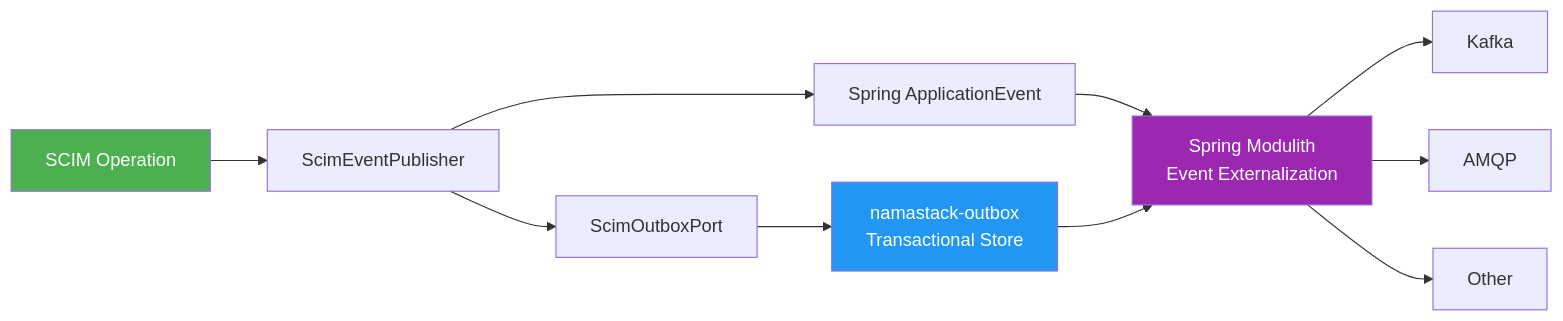
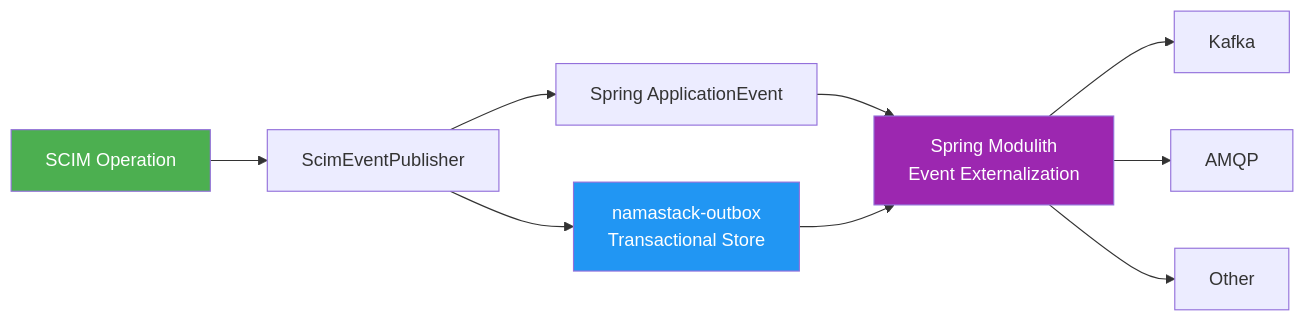
One commit to marcosbarbero/scim2-sdk-jvm changed the third of 5 diagrams in docs/outbox-pattern.md. Above: the diagram before and after it, drawn with Mermaid. The commit also changed other lines of this file and 26 other files, not shown here.

````diff
--- a/docs/outbox-pattern.md
+++ b/docs/outbox-pattern.md
@@ -87,17 +87,16 @@
 ```mermaid
 graph LR
     SCIM[SCIM Operation] --> EP[ScimEventPublisher]
     EP --> SE[Spring ApplicationEvent]
     SE --> SM[Spring Modulith<br/>Event Externalization]
     SM --> K[Kafka]
     SM --> A[AMQP]
     SM --> O[Other]
 
-    EP --> OP[ScimOutboxPort]
-    OP --> NO[namastack-outbox<br/>Transactional Store]
+    EP --> NO[namastack-outbox<br/>Transactional Store]
     NO --> SM
 
     style SCIM fill:#4CAF50,color:#fff
     style NO fill:#2196F3,color:#fff
     style SM fill:#9C27B0,color:#fff
 ```
````
